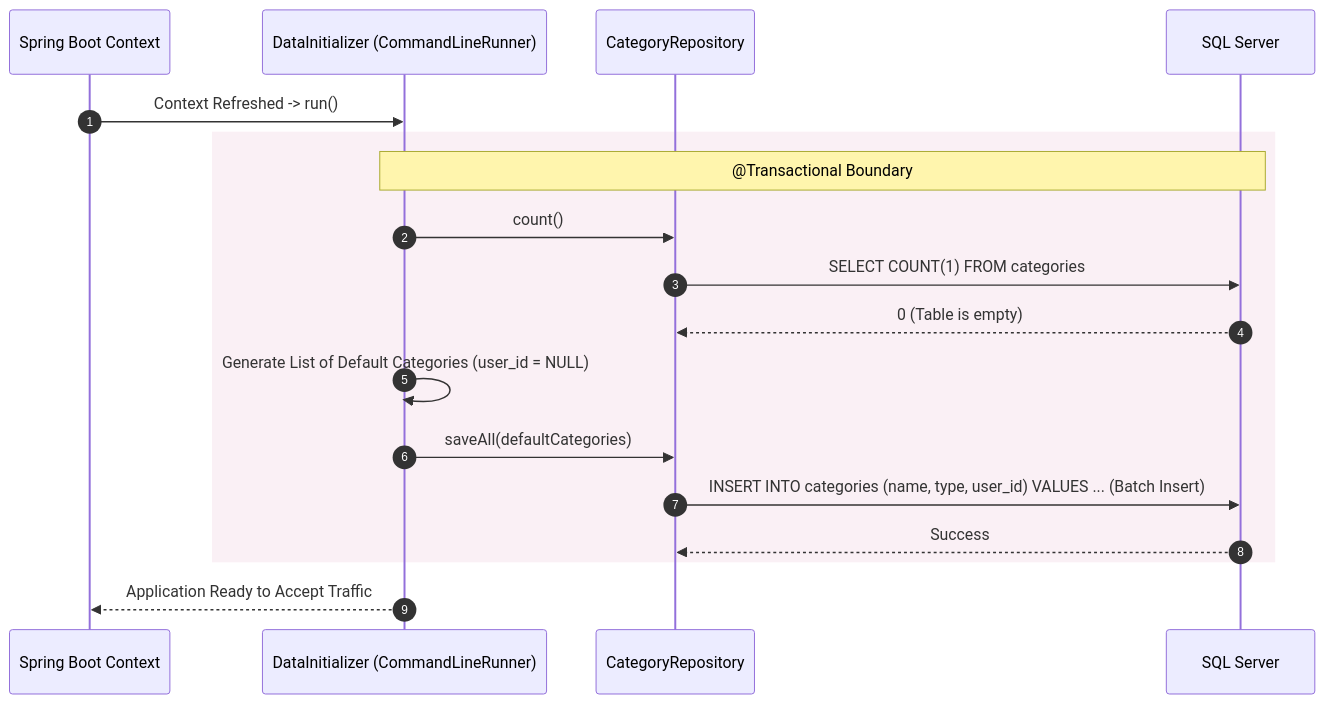
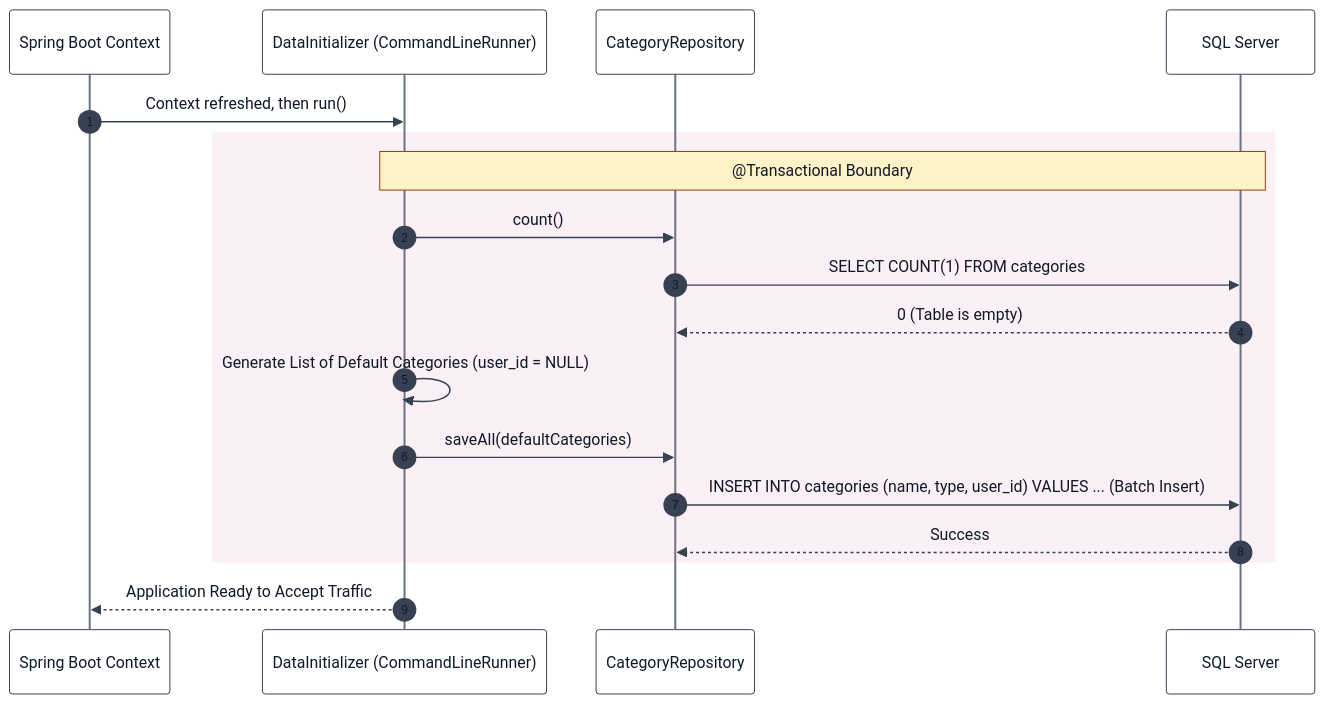
One commit to beingankur0073/Money-Manager changed the sixth of 7 diagrams in README.md. Above: the diagram before and after it, drawn with Mermaid. The commit also changed other lines of this file and 35 other files, not shown here.

````diff
--- a/README.md
+++ b/README.md
@@ -1370,24 +1375,25 @@
 ```mermaid
+%%{init: {"theme": "base", "themeVariables": {"textColor": "#111827", "actorBkg": "#ffffff", "actorBorder": "#374151", "actorTextColor": "#111827", "actorLineColor": "#6b7280", "signalColor": "#374151", "signalTextColor": "#111827", "labelBoxBkgColor": "#e5e7eb", "labelBoxBorderColor": "#6b7280", "labelTextColor": "#111827", "loopTextColor": "#111827", "noteBkgColor": "#fef3c7", "noteBorderColor": "#92400e", "noteTextColor": "#111827", "activationBkgColor": "#dbeafe", "activationBorderColor": "#1d4ed8", "sequenceNumberColor": "#111827"}}}%%
 sequenceDiagram
     autonumber
     participant Boot as Spring Boot Context
     participant Init as DataInitializer (CommandLineRunner)
     participant Repo as CategoryRepository
     participant DB as SQL Server
 
-    Boot->>Init: Context Refreshed -> run()
+    Boot->>Init: Context refreshed, then run()
     
     rect rgb(250, 240, 245)
     Note over Init,DB: @Transactional Boundary
     Init->>Repo: count()
     Repo->>DB: SELECT COUNT(1) FROM categories
     DB-->>Repo: 0 (Table is empty)
     
     Init->>Init: Generate List of Default Categories (user_id = NULL)
     Init->>Repo: saveAll(defaultCategories)
     Repo->>DB: INSERT INTO categories (name, type, user_id) VALUES ... (Batch Insert)
     DB-->>Repo: Success
     end
     
     Init-->>Boot: Application Ready to Accept Traffic
 ```
````
